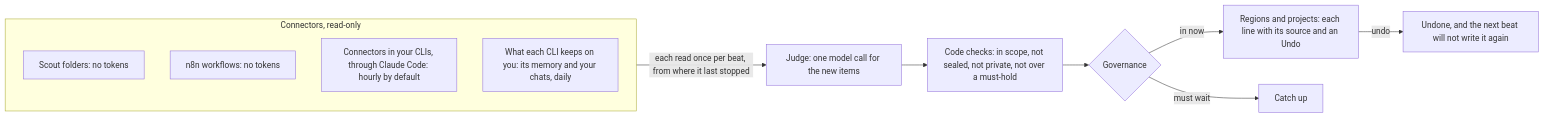
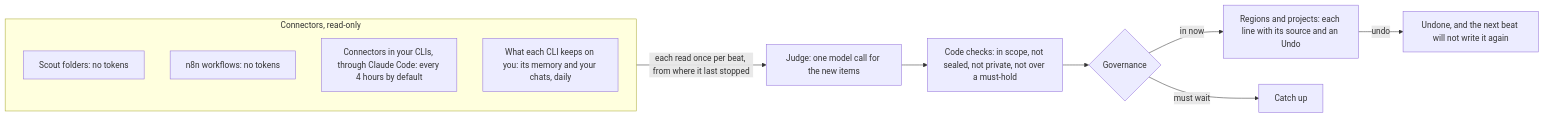
The third of 4 diagrams in README.md (rami-guzlan/Contxt), drawn with Mermaid before and after one commit. The commit also changed 2 other files, not shown here.

Commit message:
A new CLI connector is read every 4 hours; a quiet one at most every 12
Real Test reads cost 33k to 206k tokens each. Three connectors read hourly, even
spaced out when quiet, came to about 3.9M tokens a day, past the limit set for most
users (about 2.5M). A new connector read through a CLI now defaults to every 4 hours
(CLI_CADENCE 60 to 240), and a quiet one spaces out to at most every 12 hours
(QUIET_GAP 240 to 720). A cadence the owner set keeps its value. A typical day of three
connectors comes to about 1.6M tokens.

````diff
--- a/README.md
+++ b/README.md
@@ -120,15 +120,15 @@
 ```mermaid
 flowchart LR
     subgraph Reads["Connectors, read-only"]
         SC["Scout folders: no tokens"]
         N8["n8n workflows: no tokens"]
-        CLI["Connectors in your CLIs, through Claude Code: hourly by default"]
+        CLI["Connectors in your CLIs, through Claude Code: every 4 hours by default"]
         MEM["What each CLI keeps on you: its memory and your chats, daily"]
     end
     Reads -->|"each read once per beat, from where it last stopped"| J["Judge: one model call for the new items"]
     J --> K["Code checks: in scope, not sealed, not private, not over a must-hold"]
     K --> G{"Governance"}
     G -->|"in now"| R["Regions and projects: each line with its source and an Undo"]
     G -->|"must wait"| Y["Catch up"]
     R -->|"undo"| X["Undone, and the next beat will not write it again"]
 ```
````
